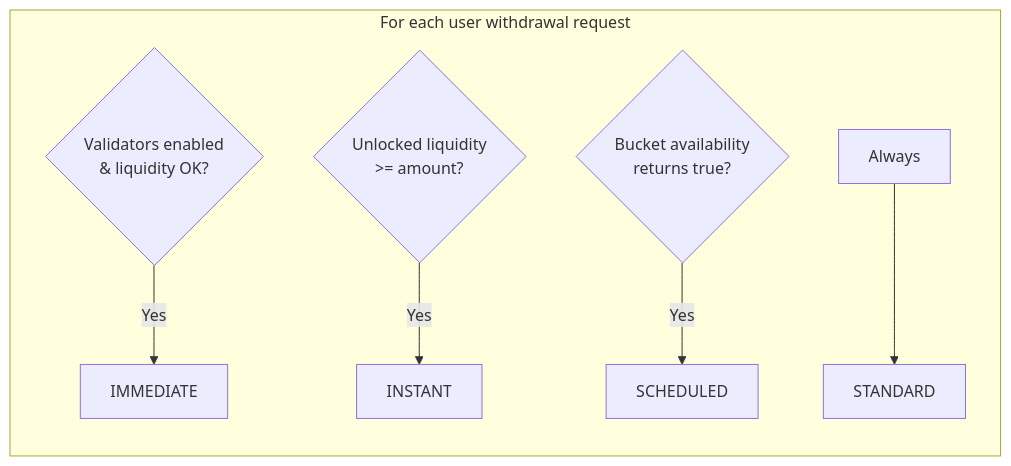
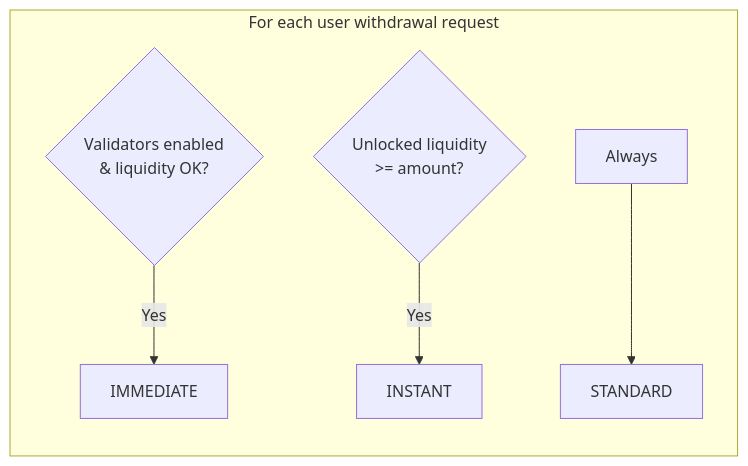
The eighth of 29 diagrams in docs/v0.8.6/express-bot-operations-checklist.md (SYMM-IO/perps-core), drawn with Mermaid before and after one commit. The commit also changed other lines of this file and 14 other files, not shown here.

````diff
--- a/docs/v0.8.6/express-bot-operations-checklist.md
+++ b/docs/v0.8.6/express-bot-operations-checklist.md
@@ -1309,9 +1100,8 @@
 ```mermaid
 flowchart LR
     subgraph "For each user withdrawal request"
         A{Validators enabled\n& liquidity OK?} -->|Yes| IM[IMMEDIATE]
         B{Unlocked liquidity\n>= amount?} -->|Yes| IN[INSTANT]
-        C{Bucket availability\nreturns true?} -->|Yes| SC[SCHEDULED]
         D[Always] --> ST[STANDARD]
     end
 ```
````
